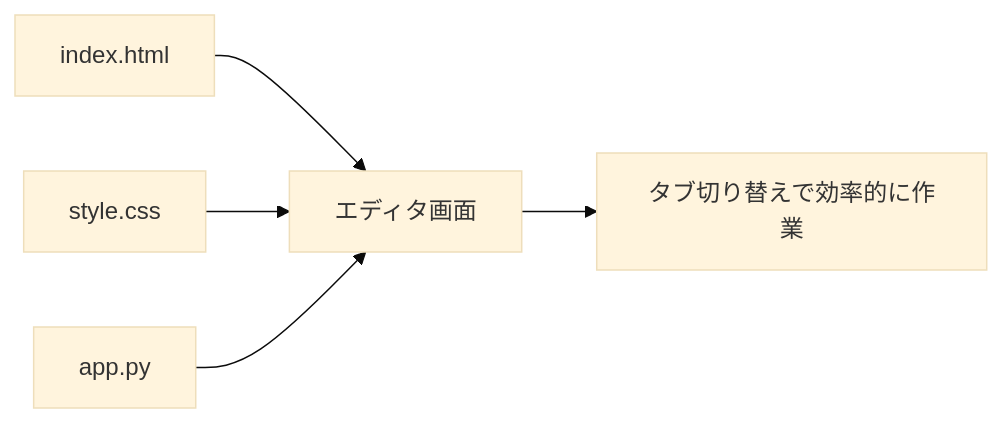
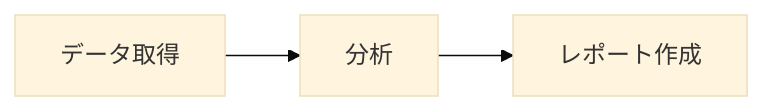
Before and after one commit to Monzi-takuya/web-fundamentals-for-non-engineers: the first of 2 diagrams in cursor-tutorial/02_必須_できることとできないこと.md, drawn with Mermaid (base theme). The commit also changed other lines of this file and 4 other files, not shown here.

````diff
--- a/cursor-tutorial/02_必須_できることとできないこと.md
+++ b/cursor-tutorial/02_必須_できることとできないこと.md
@@ -46,7 +215,5 @@
 ```mermaid
 flowchart LR
-    A["index.html"] --> B["エディタ画面"]
-    C["style.css"] --> B
-    D["app.py"] --> B
-    B --> E["タブ切り替えで効率的に作業"]
+    A["データ取得"] --> B["分析"]
+    B --> C["レポート作成"]
 ```
````
